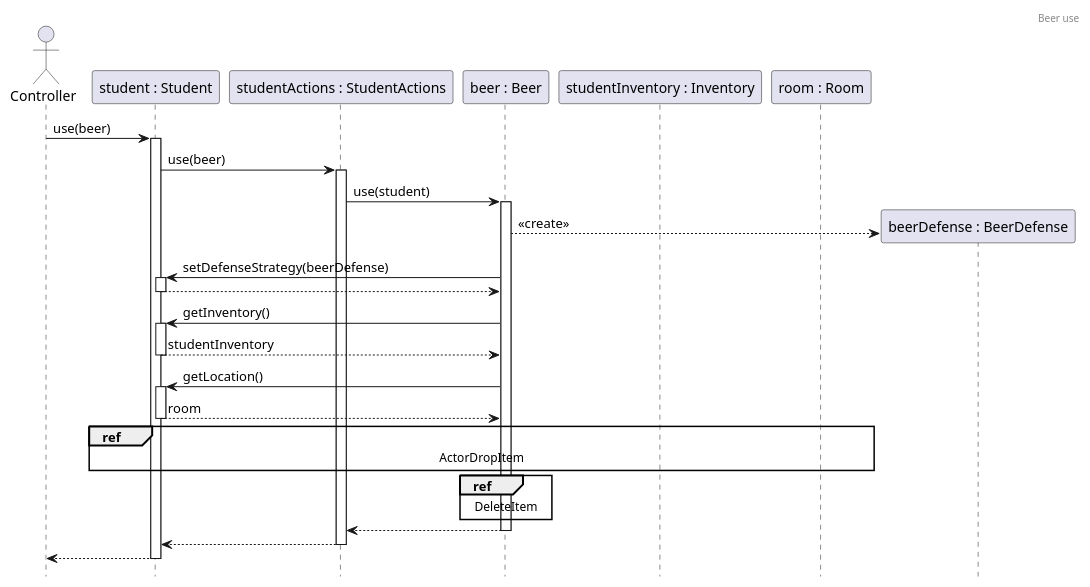
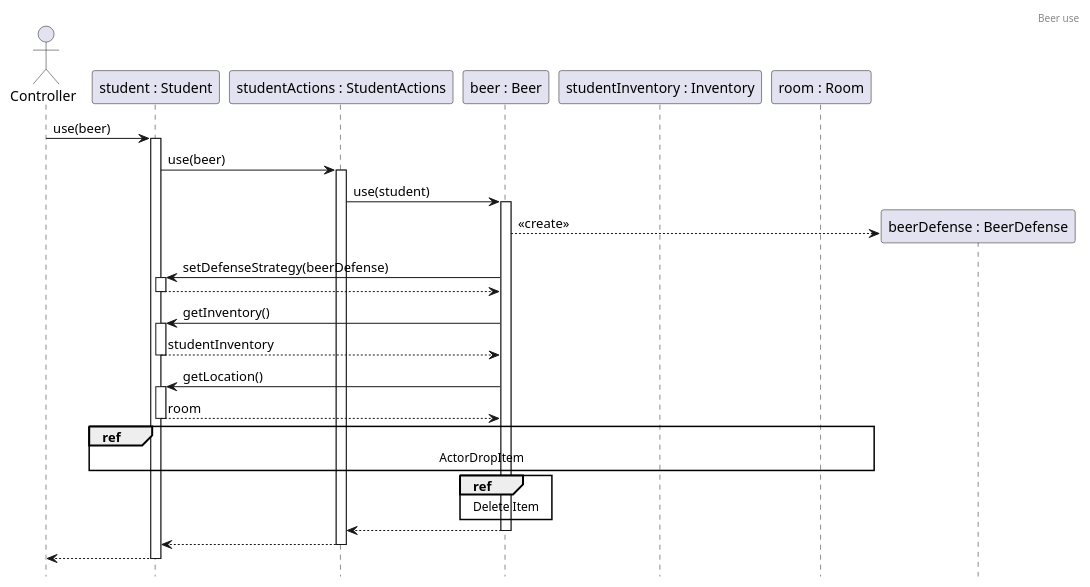
The diagram in docs/sequence/items/BeerUse.puml (Kristof-me/Logarlec), drawn with PlantUML before and after one commit. The commit also changed 7 other files, not shown here.

Commit message:
Checked Sequence 02-05

```diff
--- a/docs/sequence/items/BeerUse.puml
+++ b/docs/sequence/items/BeerUse.puml
@@ -1,31 +1,31 @@
 @startuml BeerUse
 header Beer use
 hide footbox
 
 actor controller as "Controller"
 participant student as "student : Student"
 participant actionState as "studentActions : StudentActions"
 participant beer as "beer : Beer"
 participant studentInventory as "studentInventory : Inventory"
 participant room as "room : Room"
 
 controller -> student ++ : use(beer)
 student -> actionState ++ : use(beer)
 actionState -> beer ++ : use(student)
 
 create beerDefense as "beerDefense : BeerDefense"
 beer --> beerDefense : <<create>>
 beer -> student ++ : setDefenseStrategy(beerDefense)
 return 
 beer -> student ++ : getInventory()
 return studentInventory
 beer -> student ++ : getLocation()
 return room
 ref over student, beer, studentInventory, room : ActorDropItem
-ref over beer : DeleteItem
+ref over beer : Delete Item
 return 
 
 return
 return
 
 @enduml
```
